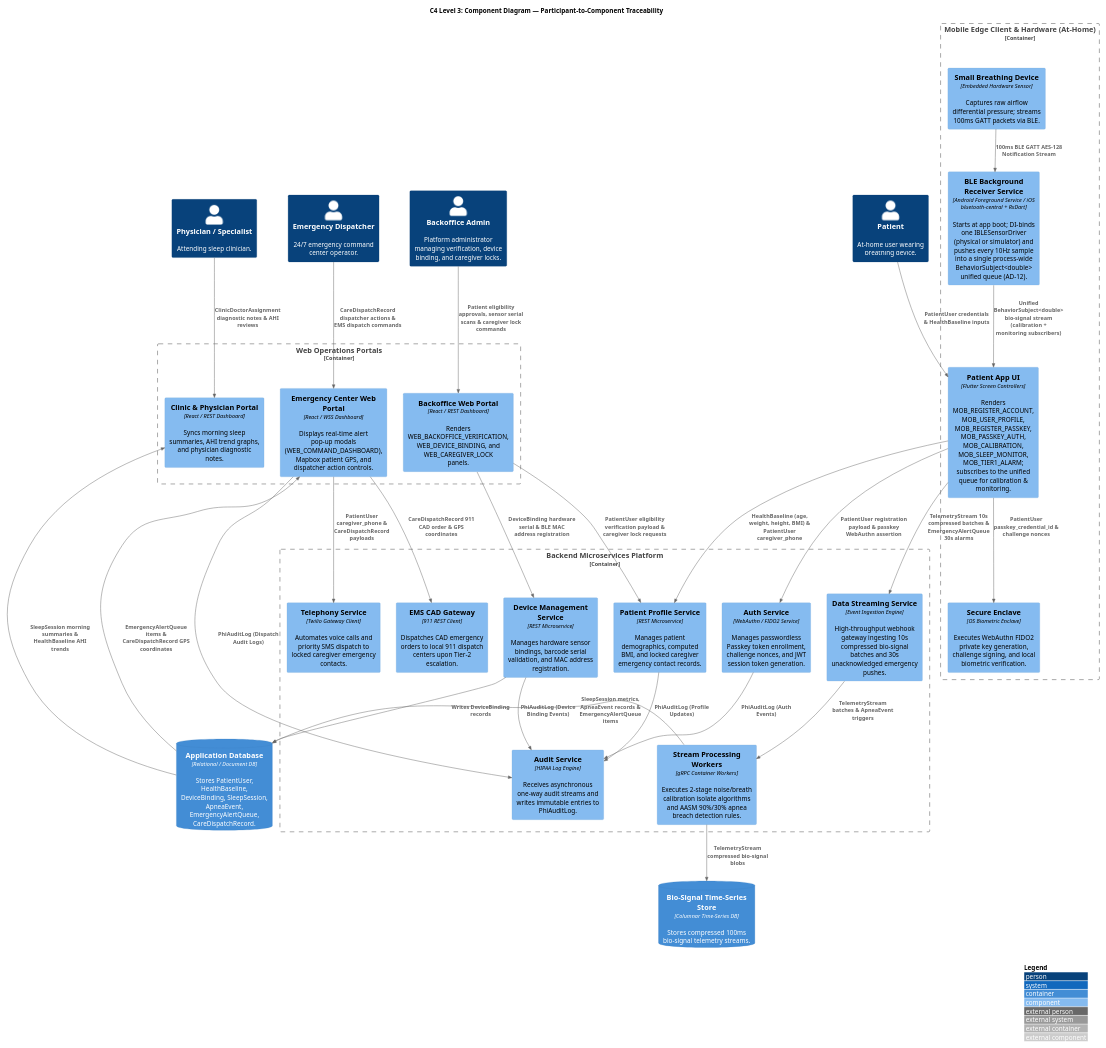
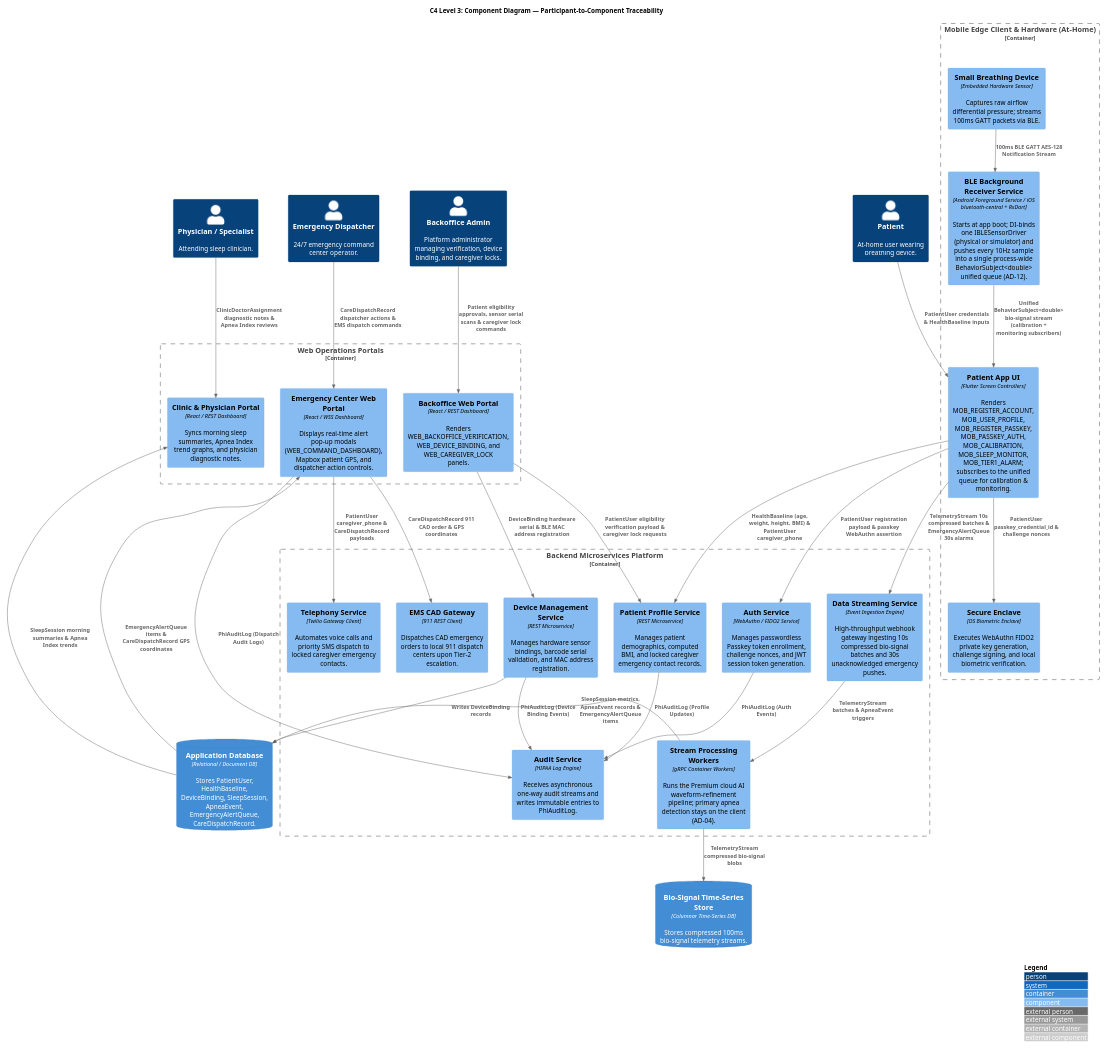
One commit to reidlai/masker-app changed the fourth of 19 diagrams in _bmad-output/architecture/ARCHITECTURE-SPINE.md. Above: the diagram before and after it, drawn with PlantUML. The commit also changed other lines of this file and 1 other file, not shown here.

First line of the commit message:
docs(architecture): fold IDLE Band signal model into spine (v21.0.0)

````diff
--- a/_bmad-output/architecture/ARCHITECTURE-SPINE.md
+++ b/_bmad-output/architecture/ARCHITECTURE-SPINE.md
@@ -514,72 +515,72 @@
 ```plantuml
 @startuml C4_Level3_Component_Diagram
 !include https://raw.githubusercontent.com/plantuml-stdlib/C4-PlantUML/master/C4_Component.puml
 scale 0.7
 
 LAYOUT_WITH_LEGEND()
 
 title C4 Level 3: Component Diagram — Participant-to-Component Traceability
 
 Person(patient, "Patient", "At-home user wearing breathing device.")
 Person(dispatcher, "Emergency Dispatcher", "24/7 emergency command center operator.")
 Person(doctor, "Physician / Specialist", "Attending sleep clinician.")
 Person(admin, "Backoffice Admin", "Platform administrator managing verification, device binding, and caregiver locks.")
 
 Container_Boundary(mobile_edge, "Mobile Edge Client & Hardware (At-Home)") {
     Component(hardware, "Small Breathing Device", "Embedded Hardware Sensor", "Captures raw airflow differential pressure; streams 100ms GATT packets via BLE.")
     Component(ble_receiver, "BLE Background Receiver Service", "Android Foreground Service / iOS bluetooth-central + RxDart", "Starts at app boot; DI-binds one IBLESensorDriver (physical or simulator) and pushes every 10Hz sample into a single process-wide BehaviorSubject<double> unified queue (AD-12).")
     Component(app_ui, "Patient App UI", "Flutter Screen Controllers", "Renders MOB_REGISTER_ACCOUNT, MOB_USER_PROFILE, MOB_REGISTER_PASSKEY, MOB_PASSKEY_AUTH, MOB_CALIBRATION, MOB_SLEEP_MONITOR, MOB_TIER1_ALARM; subscribes to the unified queue for calibration & monitoring.")
     Component(secure_enclave, "Secure Enclave", "OS Biometric Enclave", "Executes WebAuthn FIDO2 private key generation, challenge signing, and local biometric verification.")
 }
 
 Container_Boundary(cloud_services, "Backend Microservices Platform") {
     Component(auth_svc, "Auth Service", "WebAuthn / FIDO2 Service", "Manages passwordless Passkey token enrollment, challenge nonces, and JWT session token generation.")
     Component(profile_svc, "Patient Profile Service", "REST Microservice", "Manages patient demographics, computed BMI, and locked caregiver emergency contact records.")
     Component(device_svc, "Device Management Service", "REST Microservice", "Manages hardware sensor bindings, barcode serial validation, and MAC address registration.")
     Component(audit_svc, "Audit Service", "HIPAA Log Engine", "Receives asynchronous one-way audit streams and writes immutable entries to PhiAuditLog.")
     Component(data_streaming_svc, "Data Streaming Service", "Event Ingestion Engine", "High-throughput webhook gateway ingesting 10s compressed bio-signal batches and 30s unacknowledged emergency pushes.")
-    Component(stream_workers, "Stream Processing Workers", "gRPC Container Workers", "Executes 2-stage noise/breath calibration isolate algorithms and AASM 90%/30% apnea breach detection rules.")
+    Component(stream_workers, "Stream Processing Workers", "gRPC Container Workers", "Runs the Premium cloud AI waveform-refinement pipeline; primary apnea detection stays on the client (AD-04).")
     Component(telephony_svc, "Telephony Service", "Twilio Gateway Client", "Automates voice calls and priority SMS dispatch to locked caregiver emergency contacts.")
     Component(ems_gateway, "EMS CAD Gateway", "911 REST Client", "Dispatches CAD emergency orders to local 911 dispatch centers upon Tier-2 escalation.")
 }
 
 Container_Boundary(web_portals, "Web Operations Portals") {
     Component(backoffice_portal, "Backoffice Web Portal", "React / REST Dashboard", "Renders WEB_BACKOFFICE_VERIFICATION, WEB_DEVICE_BINDING, and WEB_CAREGIVER_LOCK panels.")
     Component(command_portal, "Emergency Center Web Portal", "React / WSS Dashboard", "Displays real-time alert pop-up modals (WEB_COMMAND_DASHBOARD), Mapbox patient GPS, and dispatcher action controls.")
-    Component(clinic_portal, "Clinic & Physician Portal", "React / REST Dashboard", "Syncs morning sleep summaries, AHI trend graphs, and physician diagnostic notes.")
+    Component(clinic_portal, "Clinic & Physician Portal", "React / REST Dashboard", "Syncs morning sleep summaries, Apnea Index trend graphs, and physician diagnostic notes.")
 }
 
 ContainerDb(app_db, "Application Database", "Relational / Document DB", "Stores PatientUser, HealthBaseline, DeviceBinding, SleepSession, ApneaEvent, EmergencyAlertQueue, CareDispatchRecord.")
 ContainerDb(timeseries_db, "Bio-Signal Time-Series Store", "Columnar Time-Series DB", "Stores compressed 100ms bio-signal telemetry streams.")
 
 Rel(patient, app_ui, "PatientUser credentials & HealthBaseline inputs")
 Rel(hardware, ble_receiver, "100ms BLE GATT AES-128 Notification Stream")
 Rel(ble_receiver, app_ui, "Unified BehaviorSubject<double> bio-signal stream (calibration + monitoring subscribers)")
 Rel(app_ui, secure_enclave, "PatientUser passkey_credential_id & challenge nonces")
 Rel(app_ui, auth_svc, "PatientUser registration payload & passkey WebAuthn assertion")
 Rel(app_ui, profile_svc, "HealthBaseline (age, weight, height, BMI) & PatientUser caregiver_phone")
 Rel(app_ui, data_streaming_svc, "TelemetryStream 10s compressed batches & EmergencyAlertQueue 30s alarms")
 
 Rel(admin, backoffice_portal, "Patient eligibility approvals, sensor serial scans & caregiver lock commands")
 Rel(backoffice_portal, profile_svc, "PatientUser eligibility verification payload & caregiver lock requests")
 Rel(backoffice_portal, device_svc, "DeviceBinding hardware serial & BLE MAC address registration")
 Rel(device_svc, app_db, "Writes DeviceBinding records")
 Rel(device_svc, audit_svc, "PhiAuditLog (Device Binding Events)")
 
 Rel(auth_svc, audit_svc, "PhiAuditLog (Auth Events)")
 Rel(profile_svc, audit_svc, "PhiAuditLog (Profile Updates)")
 Rel(data_streaming_svc, stream_workers, "TelemetryStream batches & ApneaEvent triggers")
 Rel(stream_workers, timeseries_db, "TelemetryStream compressed bio-signal blobs")
 Rel(stream_workers, app_db, "SleepSession metrics, ApneaEvent records & EmergencyAlertQueue items")
 
 Rel(app_db, command_portal, "EmergencyAlertQueue items & CareDispatchRecord GPS coordinates")
 Rel(dispatcher, command_portal, "CareDispatchRecord dispatcher actions & EMS dispatch commands")
 Rel(command_portal, telephony_svc, "PatientUser caregiver_phone & CareDispatchRecord payloads")
 Rel(command_portal, ems_gateway, "CareDispatchRecord 911 CAD order & GPS coordinates")
 Rel(command_portal, audit_svc, "PhiAuditLog (Dispatch Audit Logs)")
 
-Rel(app_db, clinic_portal, "SleepSession morning summaries & HealthBaseline AHI trends")
-Rel(doctor, clinic_portal, "ClinicDoctorAssignment diagnostic notes & AHI reviews")
+Rel(app_db, clinic_portal, "SleepSession morning summaries & Apnea Index trends")
+Rel(doctor, clinic_portal, "ClinicDoctorAssignment diagnostic notes & Apnea Index reviews")
 
 @enduml
 ```
````
